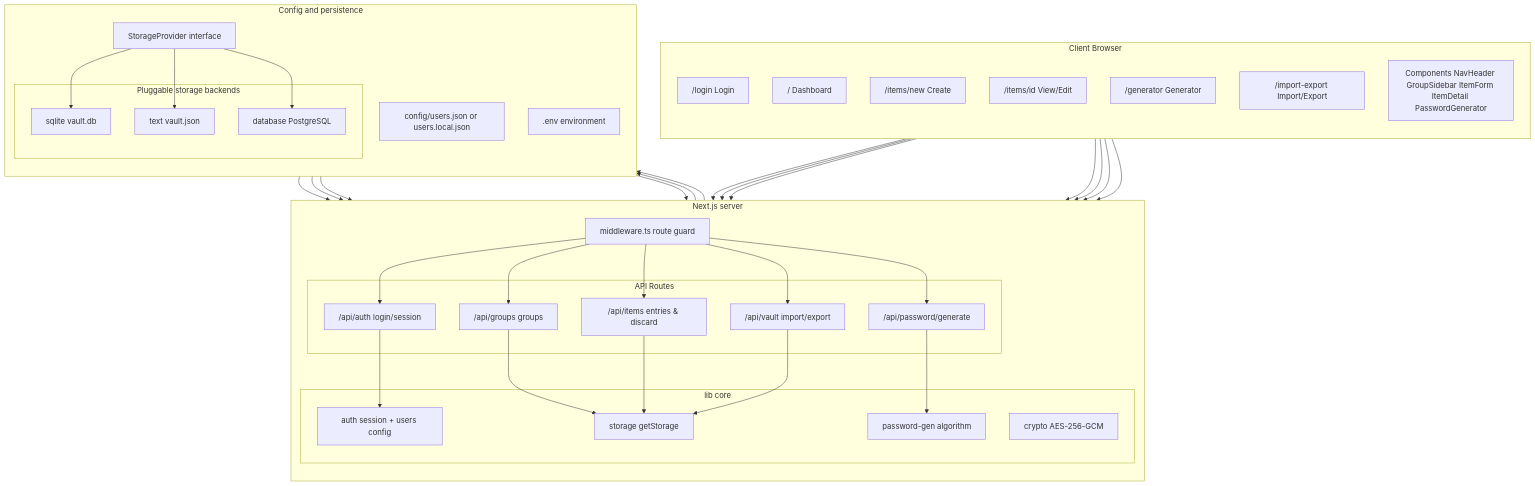
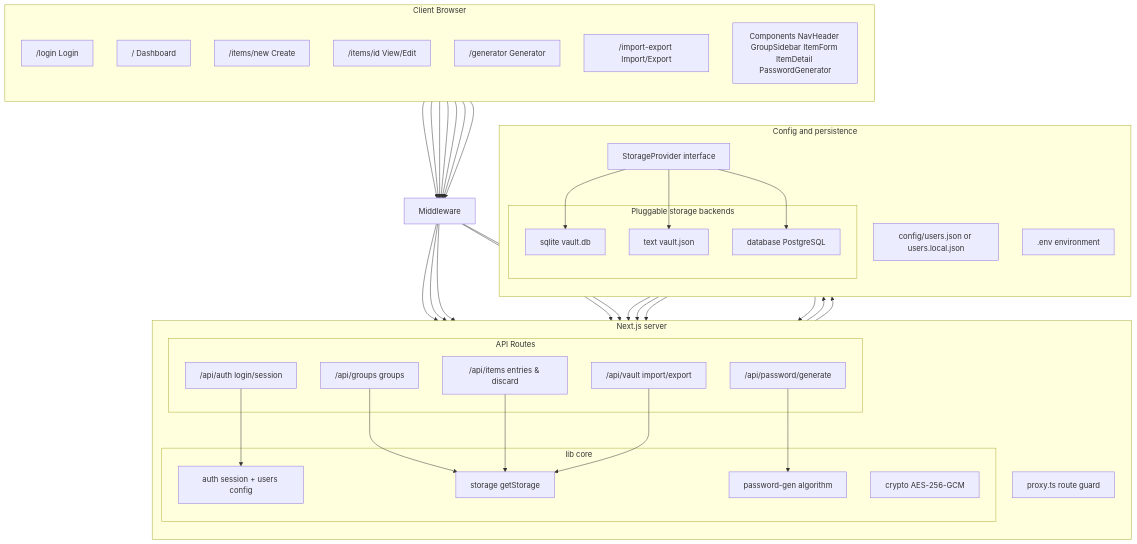
Before and after one commit to dinghongfei/LockPass: the second of 5 diagrams in WIKI.md, drawn with Mermaid. The commit also changed other lines of this file and 2 other files, not shown here.

Commit message:
Rename middleware to proxy for Next.js 16 file convention.

````diff
--- a/WIKI.md
+++ b/WIKI.md
@@ -173,77 +173,77 @@
 ```mermaid
 flowchart TB
     subgraph client [Client Browser]
         direction TB
         LoginPage["/login Login"]
         Dashboard["/ Dashboard"]
         ItemNew["/items/new Create"]
         ItemDetail["/items/id View/Edit"]
         GeneratorPage["/generator Generator"]
         ImportExportPage["/import-export Import/Export"]
         UIComponents["Components NavHeader GroupSidebar ItemForm ItemDetail PasswordGenerator"]
     end
 
     subgraph server [Next.js server]
         direction TB
-        Middleware["middleware.ts route guard"]
+        Proxy["proxy.ts route guard"]
 
         subgraph apiLayer [API Routes]
             AuthAPI["/api/auth login/session"]
             GroupsAPI["/api/groups groups"]
             ItemsAPI["/api/items entries & discard"]
             VaultAPI["/api/vault import/export"]
             PwdAPI["/api/password/generate"]
         end
 
         subgraph coreLib [lib core]
             AuthLib["auth session + users config"]
             CryptoLib["crypto AES-256-GCM"]
             StorageFactory["storage getStorage"]
             PwdGenLib["password-gen algorithm"]
         end
     end
 
     subgraph persistence [Config and persistence]
         direction TB
         UsersFile["config/users.json or users.local.json"]
         EnvConfig[".env environment"]
         StorageProvider["StorageProvider interface"]
 
         subgraph backends [Pluggable storage backends]
             SqliteBackend["sqlite vault.db"]
             TextBackend["text vault.json"]
             PgBackend["database PostgreSQL"]
         end
     end
 
     LoginPage --> Middleware
     Dashboard --> Middleware
     ItemNew --> Middleware
     ItemDetail --> Middleware
     GeneratorPage --> Middleware
     ImportExportPage --> Middleware
     UIComponents --> Middleware
 
     Middleware --> AuthAPI
     Middleware --> GroupsAPI
     Middleware --> ItemsAPI
     Middleware --> VaultAPI
     Middleware --> PwdAPI
 
     AuthAPI --> AuthLib
     GroupsAPI --> StorageFactory
     ItemsAPI --> StorageFactory
     VaultAPI --> StorageFactory
     PwdAPI --> PwdGenLib
 
     AuthLib --> UsersFile
     StorageFactory --> StorageProvider
     StorageProvider --> CryptoLib
     StorageProvider --> SqliteBackend
     StorageProvider --> TextBackend
     StorageProvider --> PgBackend
 
     EnvConfig --> AuthLib
     EnvConfig --> CryptoLib
     EnvConfig --> StorageFactory
 ```
````
